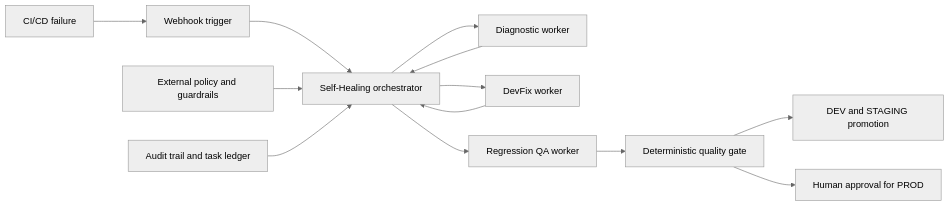
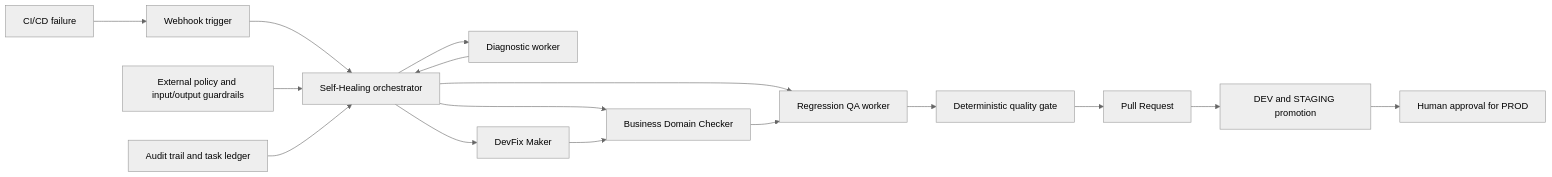
Before and after one commit to robertosrjr/self-healing-agent-stack: the second of 3 diagrams in aidlc-docs/inception/reverse-engineering/system-overview.md, drawn with Mermaid (neutral theme). The commit also changed other lines of this file and 22 other files, not shown here.

````diff
--- a/aidlc-docs/inception/reverse-engineering/system-overview.md
+++ b/aidlc-docs/inception/reverse-engineering/system-overview.md
@@ -79,15 +79,18 @@
 ```mermaid
 flowchart LR
     CICD[CI/CD failure] --> Webhook[Webhook trigger]
     Webhook --> Orchestrator[Self-Healing orchestrator]
     Orchestrator --> Diagnostic[Diagnostic worker]
-    Orchestrator --> Developer[DevFix worker]
+    Orchestrator --> Developer[DevFix Maker]
+    Orchestrator --> Domain[Business Domain Checker]
     Orchestrator --> QA[Regression QA worker]
     Diagnostic --> Orchestrator
-    Developer --> Orchestrator
+    Developer --> Domain
+    Domain --> QA
     QA --> Gate[Deterministic quality gate]
-    Gate --> Staging[DEV and STAGING promotion]
-    Gate --> Approval[Human approval for PROD]
-    Control[External policy and guardrails] --> Orchestrator
+    Gate --> PR[Pull Request]
+    PR --> Staging[DEV and STAGING promotion]
+    Staging --> Approval[Human approval for PROD]
+    Control[External policy and input/output guardrails] --> Orchestrator
     Audit[Audit trail and task ledger] --> Orchestrator
 ```
````
